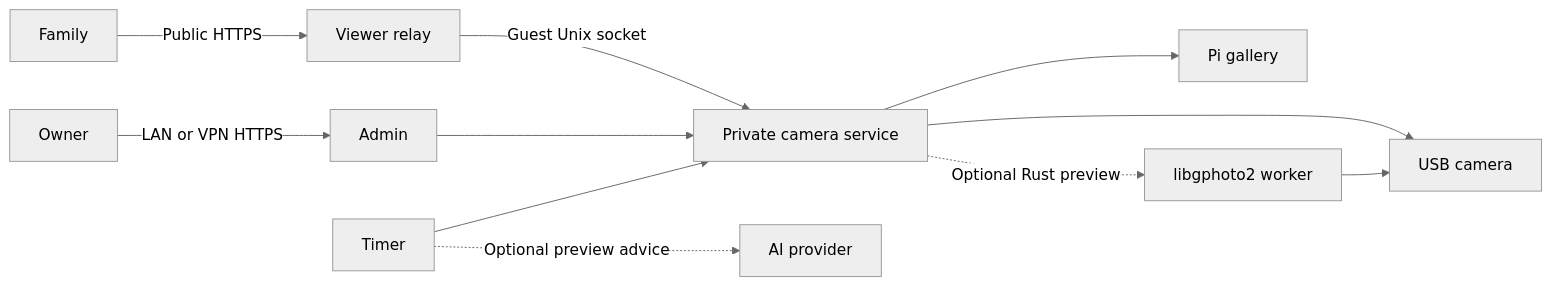
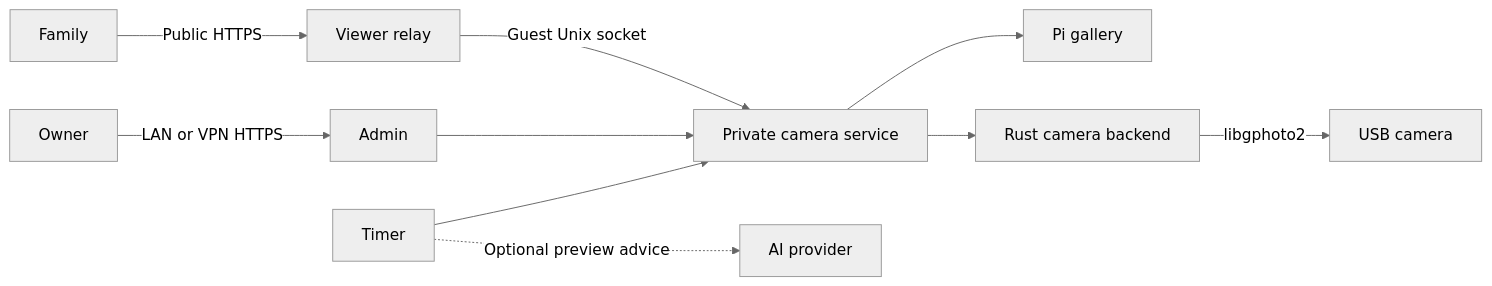
One commit to affromero/sony-pi-camera changed the diagram in README.md. Above: the diagram before and after it, drawn with Mermaid (neutral theme). The commit also changed other lines of this file and 12 other files, not shown here.

Commit message:
Make Rust the USB camera backend

````diff
--- a/README.md
+++ b/README.md
@@ -5,13 +5,12 @@
 ```mermaid
 flowchart LR
     Family -->|Public HTTPS| Relay[Viewer relay]
     Relay -->|Guest Unix socket| Camera[Private camera service]
     Owner -->|LAN or VPN HTTPS| Admin[Admin]
     Admin --> Camera
     Timer --> Camera
     Timer -. Optional preview advice .-> AI[AI provider]
     Camera --> Gallery[Pi gallery]
-    Camera --> Sony[USB camera]
-    Camera -. Optional Rust preview .-> Worker[libgphoto2 worker]
-    Worker --> Sony
+    Camera --> Worker[Rust camera backend]
+    Worker -->|libgphoto2| Sony[USB camera]
 ```
````
